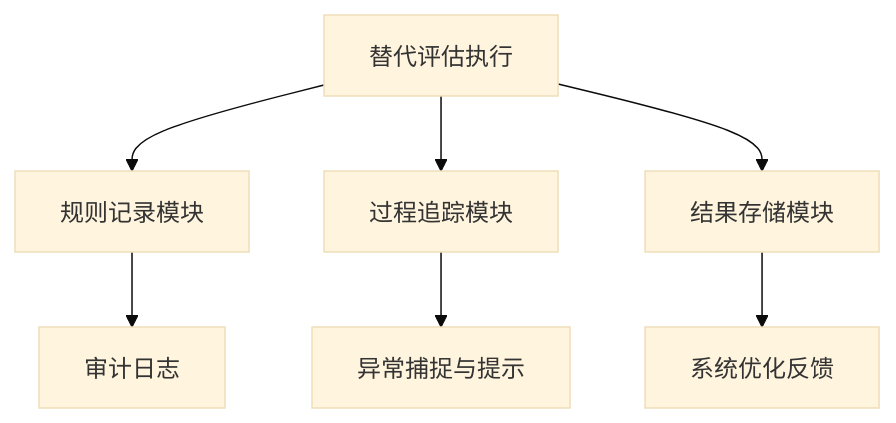
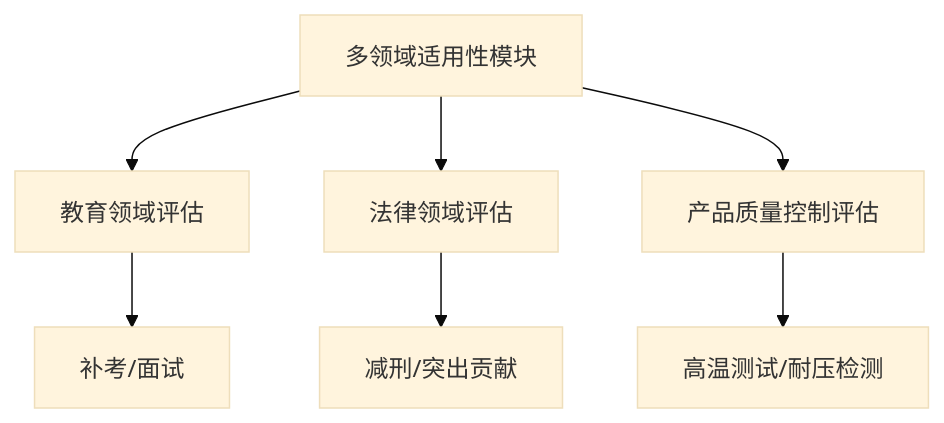
The diagram in all/未命名-2.md (RNGMARTIN/iodraw-files), drawn with Mermaid (base theme) before and after one commit.

Commit message:
2025-07-31 08:48:30 update

````diff
--- a/all/未命名-2.md
+++ b/all/未命名-2.md
@@ -1,10 +1,10 @@
 ```mermaid
 graph TD
-    A[替代评估执行] --> B[规则记录模块]
-    A --> C[过程追踪模块]
-    A --> D[结果存储模块]
-    B --> E[审计日志]
-    C --> F[异常捕捉与提示]
-    D --> G[系统优化反馈]
+    A[多领域适用性模块] --> B[教育领域评估]
+    A --> C[法律领域评估]
+    A --> D[产品质量控制评估]
+    B --> B1[补考/面试]
+    C --> C1[减刑/突出贡献]
+    D --> D1[高温测试/耐压检测]
 
 ```
````
